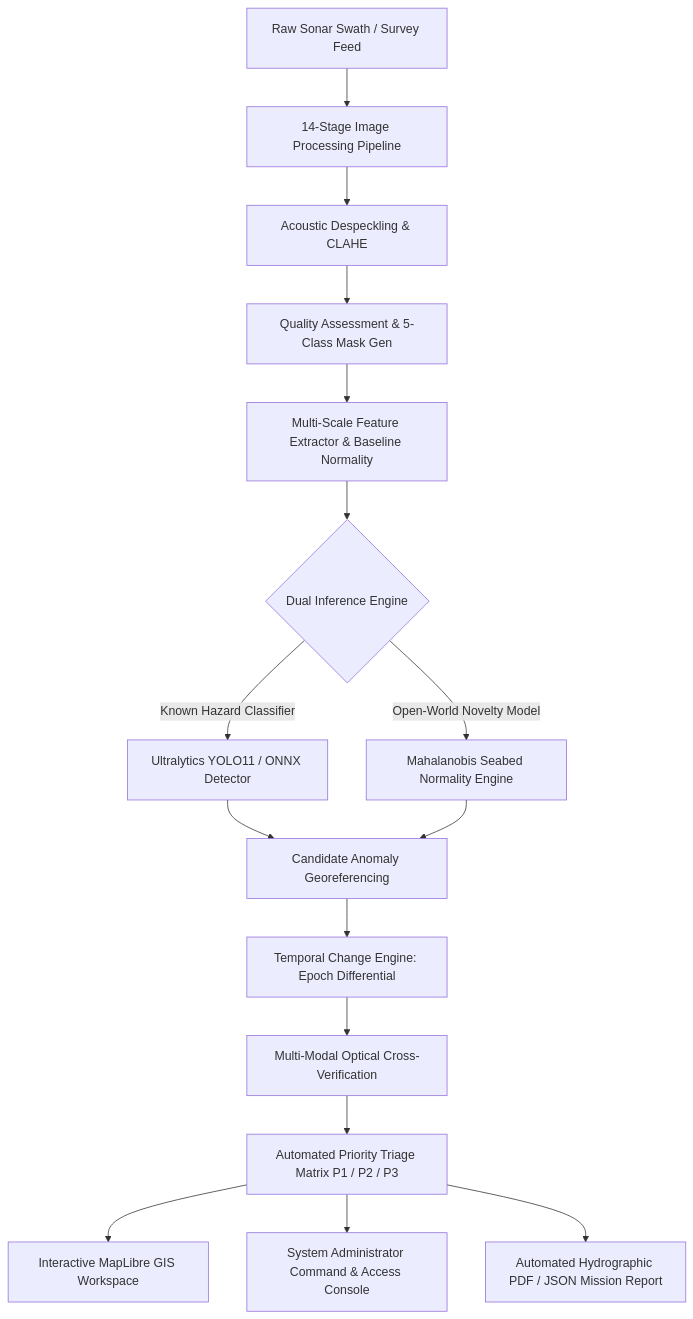
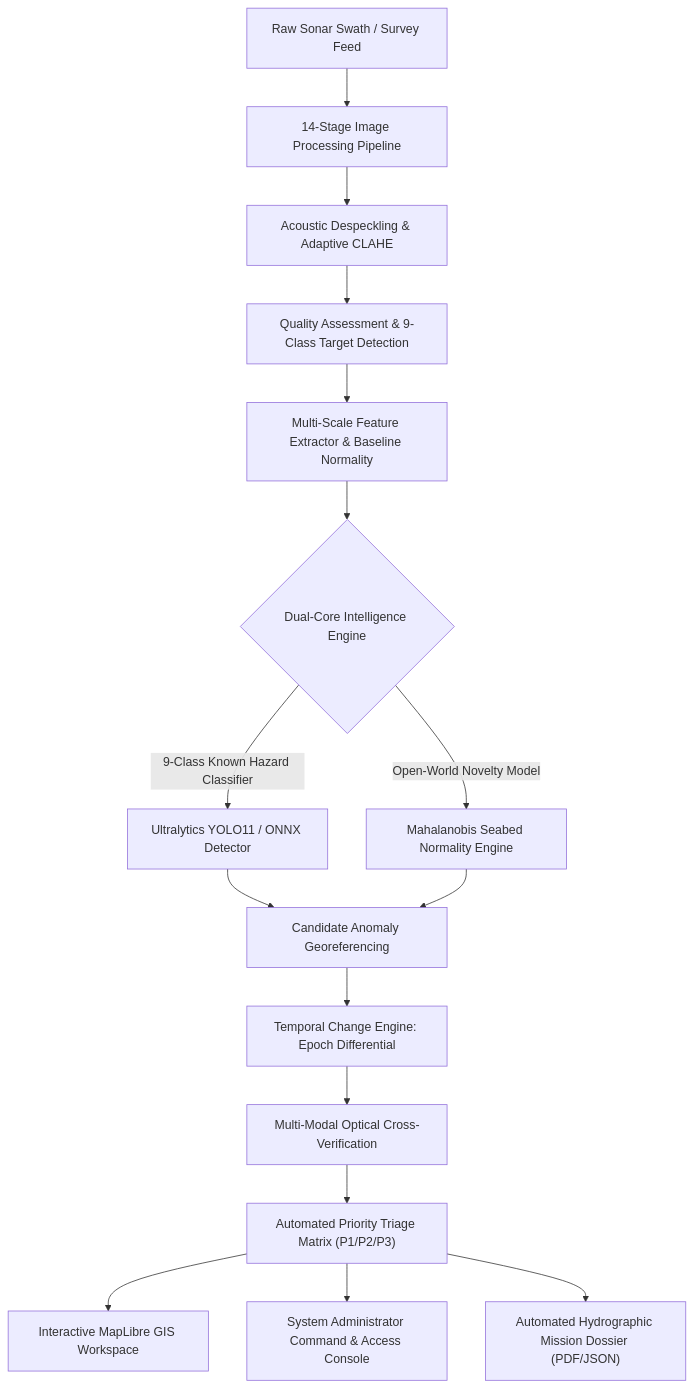
The diagram in README.md (BPPIMTSIH26/SIH26057), drawn with Mermaid before and after one commit. The commit also changed other lines of this file and 68 other files, not shown here.

````diff
--- a/README.md
+++ b/README.md
@@ -43,22 +43,22 @@
 ```mermaid
-flowchart TD
-    A[Raw Sonar Swath / Survey Feed] --> B[14-Stage Image Processing Pipeline]
-    B --> C[Acoustic Despeckling & CLAHE]
-    C --> D[Quality Assessment & 5-Class Mask Gen]
-    D --> E[Multi-Scale Feature Extractor & Baseline Normality]
+graph TD
+    A["Raw Sonar Swath / Survey Feed"] --> B["14-Stage Image Processing Pipeline"]
+    B --> C["Acoustic Despeckling & Adaptive CLAHE"]
+    C --> D["Quality Assessment & 9-Class Target Detection"]
+    D --> E["Multi-Scale Feature Extractor & Baseline Normality"]
     
-    E --> F{Dual Inference Engine}
-    F -->|Known Hazard Classifier| G[Ultralytics YOLO11 / ONNX Detector]
-    F -->|Open-World Novelty Model| H[Mahalanobis Seabed Normality Engine]
+    E --> F{"Dual-Core Intelligence Engine"}
+    F -->|"9-Class Known Hazard Classifier"| G["Ultralytics YOLO11 / ONNX Detector"]
+    F -->|"Open-World Novelty Model"| H["Mahalanobis Seabed Normality Engine"]
     
-    G --> I[Candidate Anomaly Georeferencing]
+    G --> I["Candidate Anomaly Georeferencing"]
     H --> I
     
-    I --> J[Temporal Change Engine: Epoch Differential]
-    J --> K[Multi-Modal Optical Cross-Verification]
-    K --> L[Automated Priority Triage Matrix P1 / P2 / P3]
+    I --> J["Temporal Change Engine: Epoch Differential"]
+    J --> K["Multi-Modal Optical Cross-Verification"]
+    K --> L["Automated Priority Triage Matrix (P1/P2/P3)"]
     
-    L --> M[Interactive MapLibre GIS Workspace]
-    L --> N[System Administrator Command & Access Console]
-    L --> O[Automated Hydrographic PDF / JSON Mission Report]
+    L --> M["Interactive MapLibre GIS Workspace"]
+    L --> N["System Administrator Command & Access Console"]
+    L --> O["Automated Hydrographic Mission Dossier (PDF/JSON)"]
 ```
````
